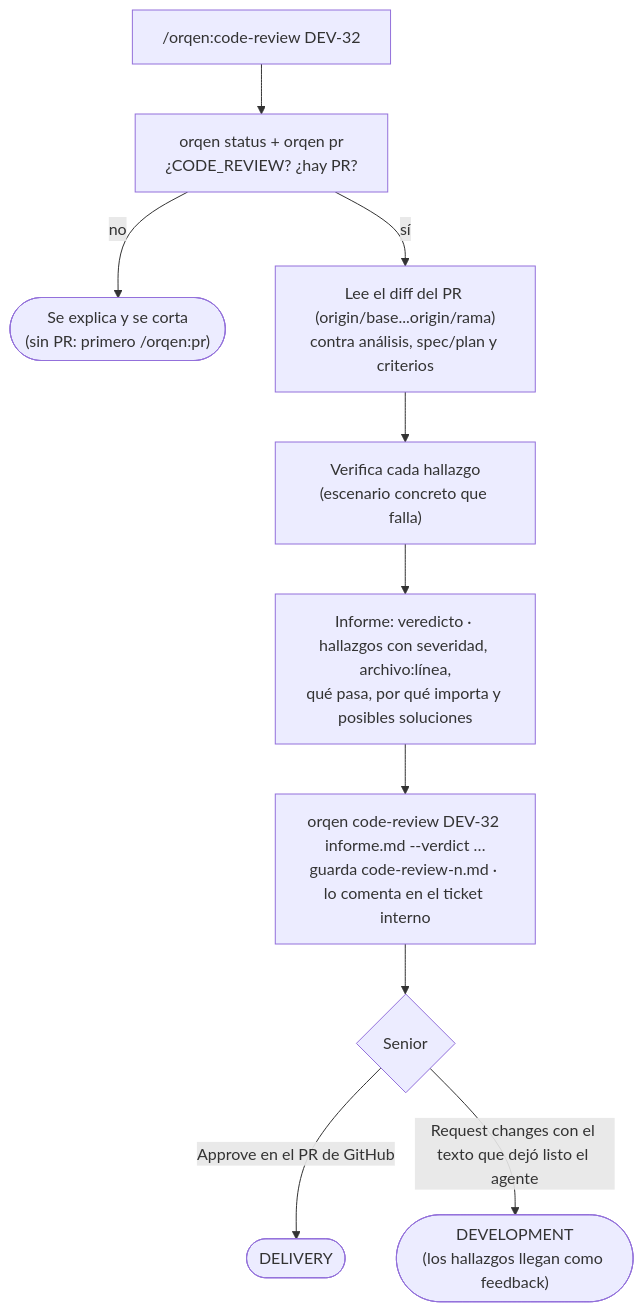
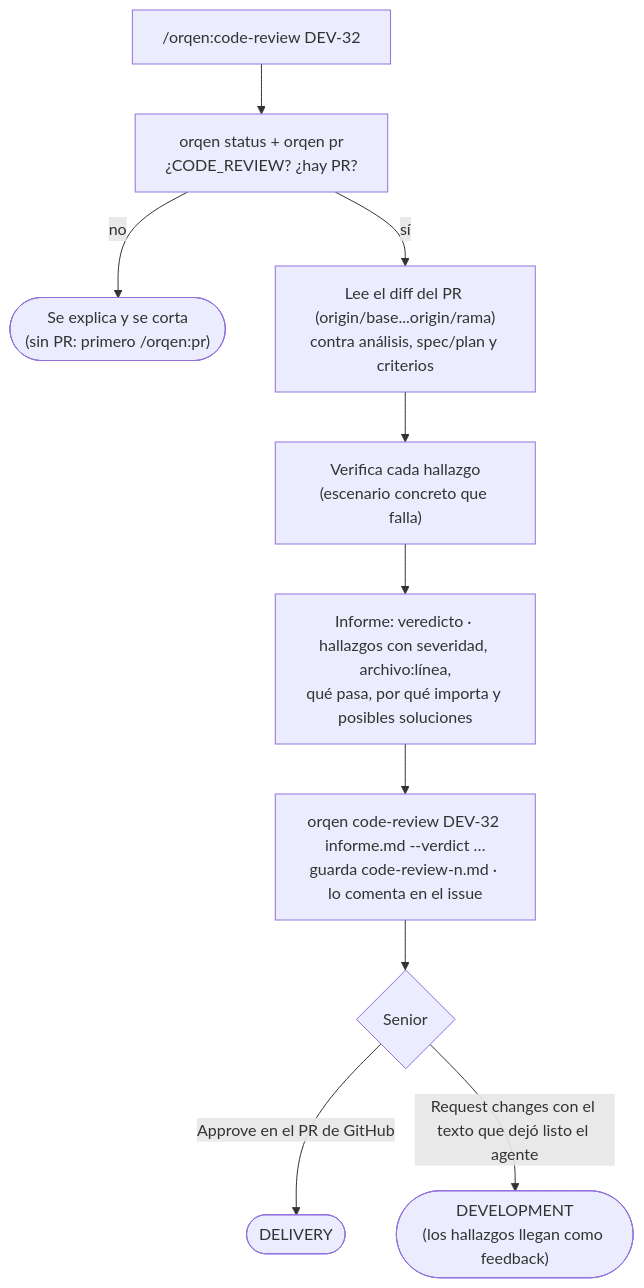
One commit to sistemas-telpin/orqen changed the sixth of 7 diagrams in README.md. Above: the diagram before and after it, drawn with Mermaid. The commit also changed other lines of this file and 53 other files, not shown here.

````diff
--- a/README.md
+++ b/README.md
@@ -247,12 +247,12 @@
 ```mermaid
 flowchart TD
     A["/orqen:code-review DEV-32"] --> B["orqen status + orqen pr<br/>¿CODE_REVIEW? ¿hay PR?"]
     B -->|"no"| X(["Se explica y se corta<br/>(sin PR: primero /orqen:pr)"])
     B -->|"sí"| C["Lee el diff del PR (origin/base...origin/rama)<br/>contra análisis, spec/plan y criterios"]
     C --> D["Verifica cada hallazgo<br/>(escenario concreto que falla)"]
     D --> E["Informe: veredicto · hallazgos con severidad, archivo:línea,<br/>qué pasa, por qué importa y posibles soluciones"]
-    E --> R["orqen code-review DEV-32 informe.md --verdict …<br/>guarda code-review-n.md · lo comenta en el ticket interno"]
+    E --> R["orqen code-review DEV-32 informe.md --verdict …<br/>guarda code-review-n.md · lo comenta en el issue"]
     R --> F{"Senior"}
     F -->|"Approve en el PR de GitHub"| G(["DELIVERY"])
     F -->|"Request changes con el texto que dejó listo el agente"| H(["DEVELOPMENT<br/>(los hallazgos llegan como feedback)"])
 ```
````
